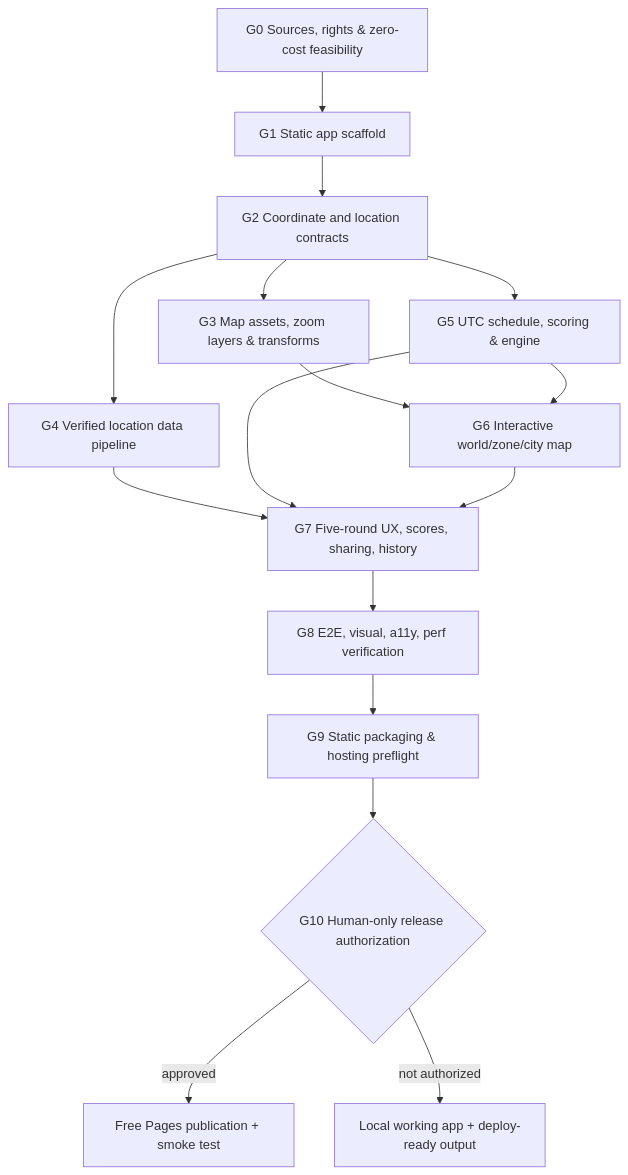
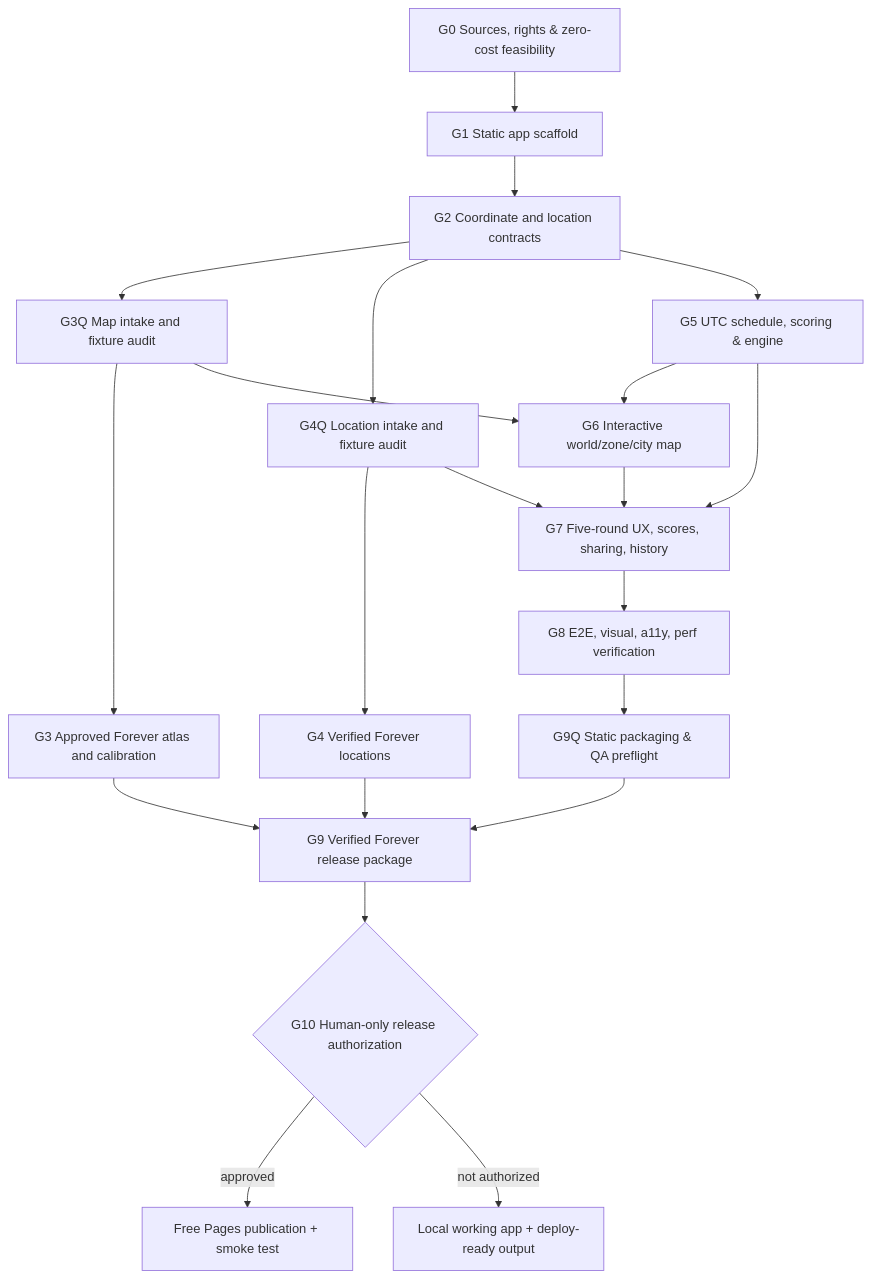
Before and after one commit to mrock187/wowtap: the diagram in docs/BUILD_GRAPH.md, drawn with Mermaid. The commit also changed other lines of this file and 20 other files, not shown here.

Commit message:
Package and audit static Pages build with release content gates

````diff
--- a/docs/BUILD_GRAPH.md
+++ b/docs/BUILD_GRAPH.md
@@ -5,18 +5,23 @@
 ```mermaid
 flowchart TD
     G0["G0 Sources, rights & zero-cost feasibility"] --> G1["G1 Static app scaffold"]
     G1 --> G2["G2 Coordinate and location contracts"]
-    G2 --> G3["G3 Map assets, zoom layers & transforms"]
-    G2 --> G4["G4 Verified location data pipeline"]
+    G2 --> G3Q["G3Q Map intake and fixture audit"]
+    G2 --> G4Q["G4Q Location intake and fixture audit"]
+    G3Q --> G3["G3 Approved Forever atlas and calibration"]
+    G4Q --> G4["G4 Verified Forever locations"]
     G2 --> G5["G5 UTC schedule, scoring & engine"]
-    G3 --> G6["G6 Interactive world/zone/city map"]
+    G3Q --> G6["G6 Interactive world/zone/city map"]
     G5 --> G6
-    G4 --> G7["G7 Five-round UX, scores, sharing, history"]
+    G4Q --> G7["G7 Five-round UX, scores, sharing, history"]
     G5 --> G7
     G6 --> G7
     G7 --> G8["G8 E2E, visual, a11y, perf verification"]
-    G8 --> G9["G9 Static packaging & hosting preflight"]
+    G8 --> G9Q["G9Q Static packaging & QA preflight"]
+    G9Q --> G9["G9 Verified Forever release package"]
+    G3 --> G9
+    G4 --> G9
     G9 --> G10{"G10 Human-only release authorization"}
     G10 -->|approved| LIVE["Free Pages publication + smoke test"]
     G10 -->|not authorized| READY["Local working app + deploy-ready output"]
 ```
````
